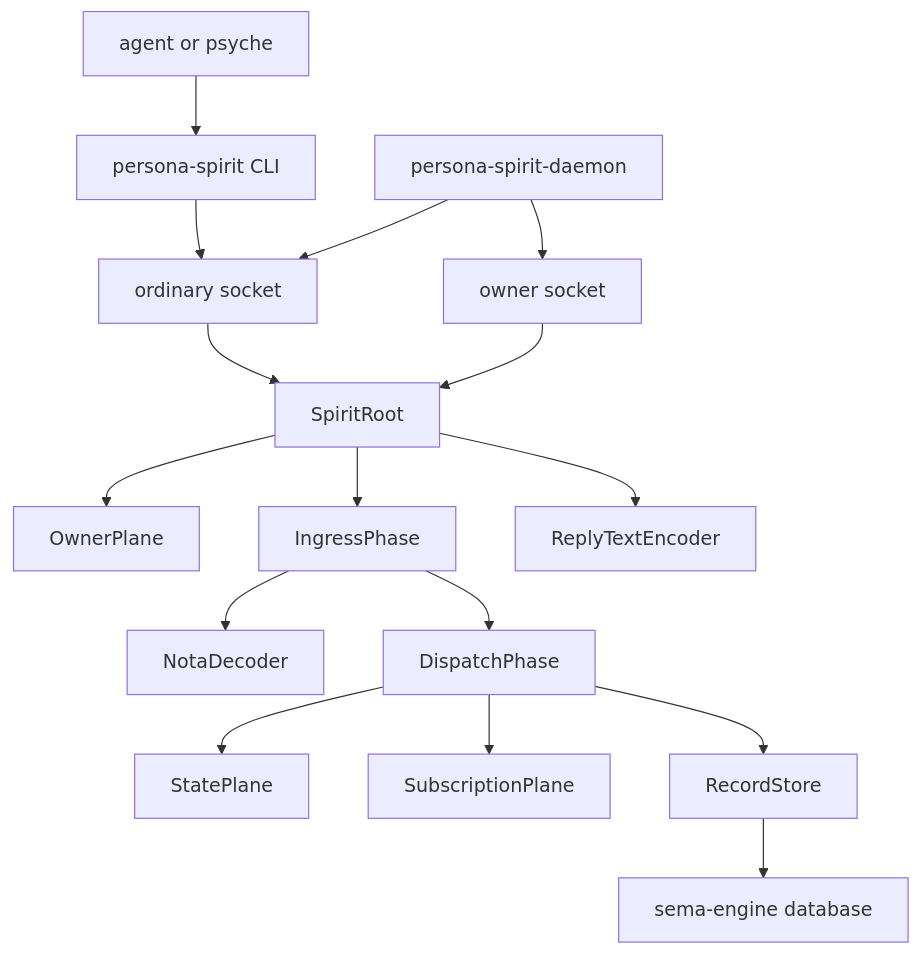
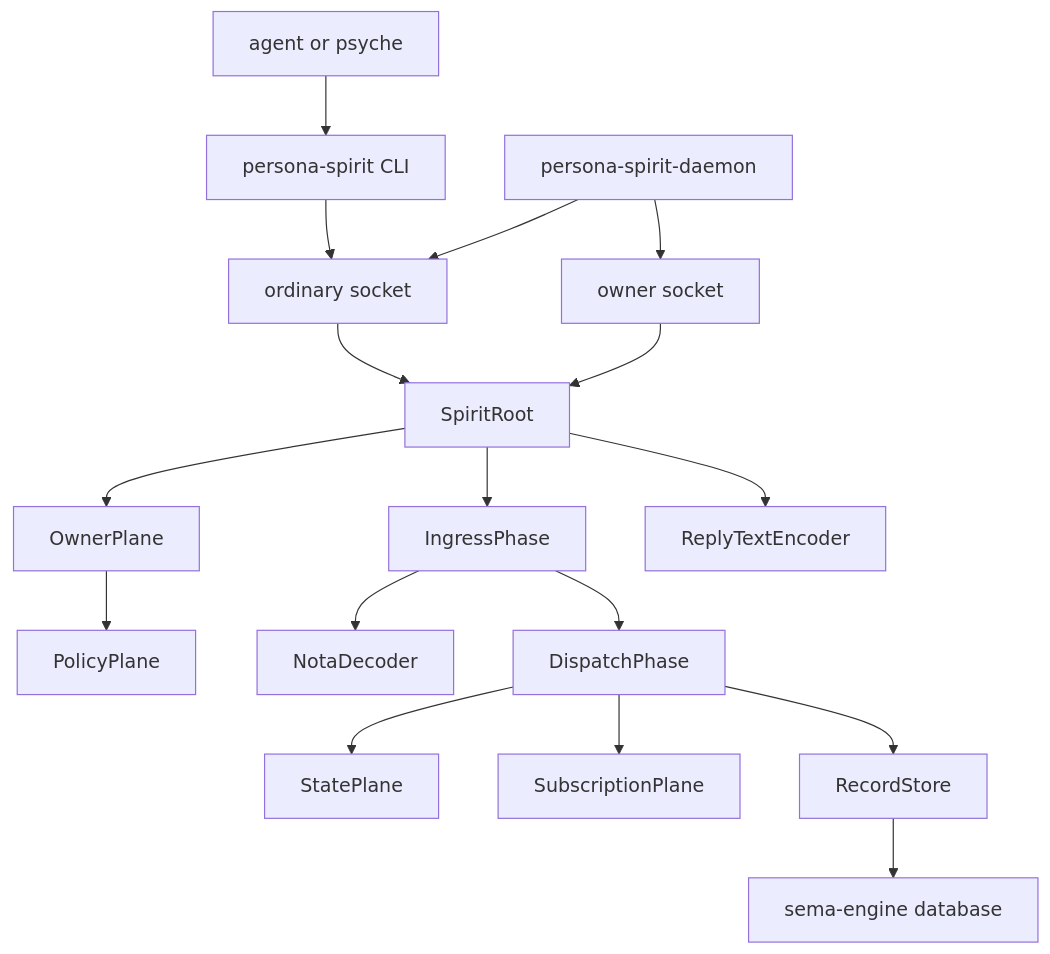
The diagram in reports/operator/136-persona-spirit-current-system-and-intent-gaps.md (LiGoldragon/primary), drawn with Mermaid before and after one commit. The commit also changed other lines of this file, not shown here.

Commit message:
operator: update persona-spirit policy-plane report

````diff
--- a/reports/operator/136-persona-spirit-current-system-and-intent-gaps.md
+++ b/reports/operator/136-persona-spirit-current-system-and-intent-gaps.md
@@ -23,34 +28,36 @@
 ```mermaid
 flowchart TB
     agent["agent or psyche"]
     cli["persona-spirit CLI"]
     daemon["persona-spirit-daemon"]
     ordinary["ordinary socket"]
     owner["owner socket"]
     root["SpiritRoot"]
     ownerPlane["OwnerPlane"]
+    policy["PolicyPlane"]
     ingress["IngressPhase"]
     decoder["NotaDecoder"]
     dispatch["DispatchPhase"]
     state["StatePlane"]
     subscription["SubscriptionPlane"]
     store["RecordStore"]
     database["sema-engine database"]
     encoder["ReplyTextEncoder"]
 
     agent --> cli
     cli --> ordinary
     daemon --> ordinary
     daemon --> owner
     ordinary --> root
     owner --> root
     root --> ownerPlane
+    ownerPlane --> policy
     root --> ingress
     ingress --> decoder
     ingress --> dispatch
     dispatch --> state
     dispatch --> subscription
     dispatch --> store
     store --> database
     root --> encoder
 ```
````
